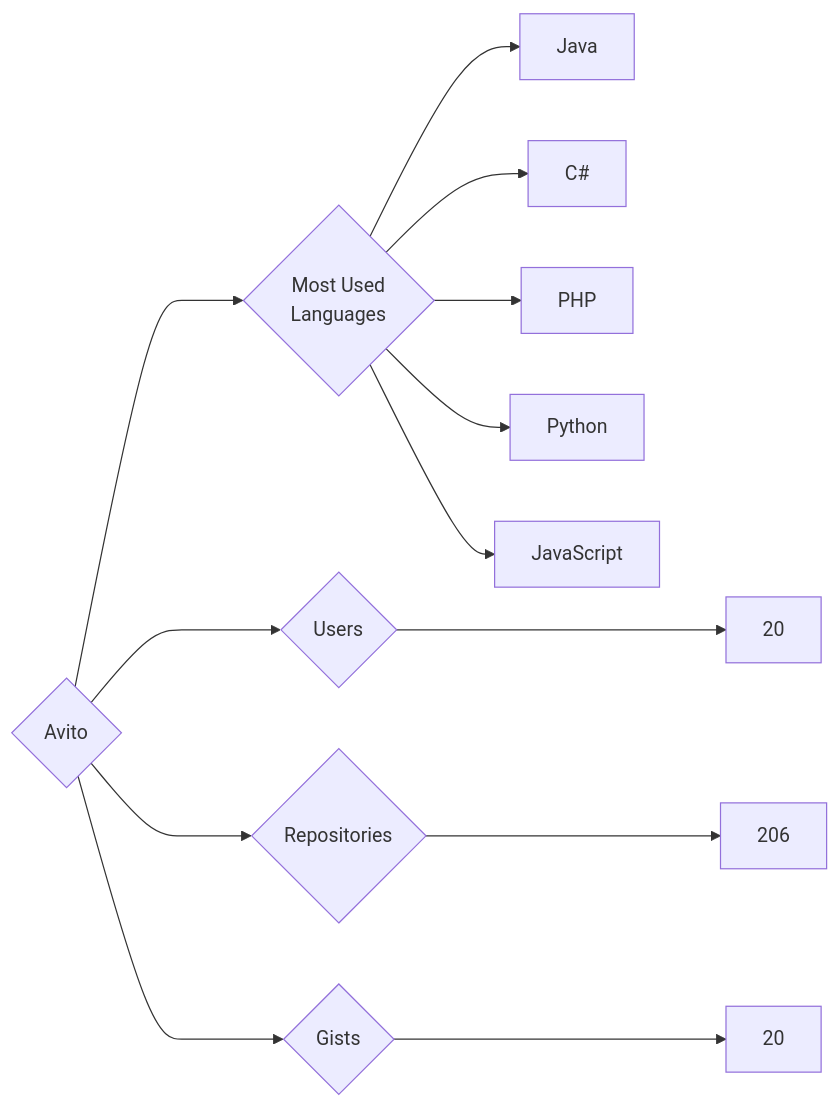
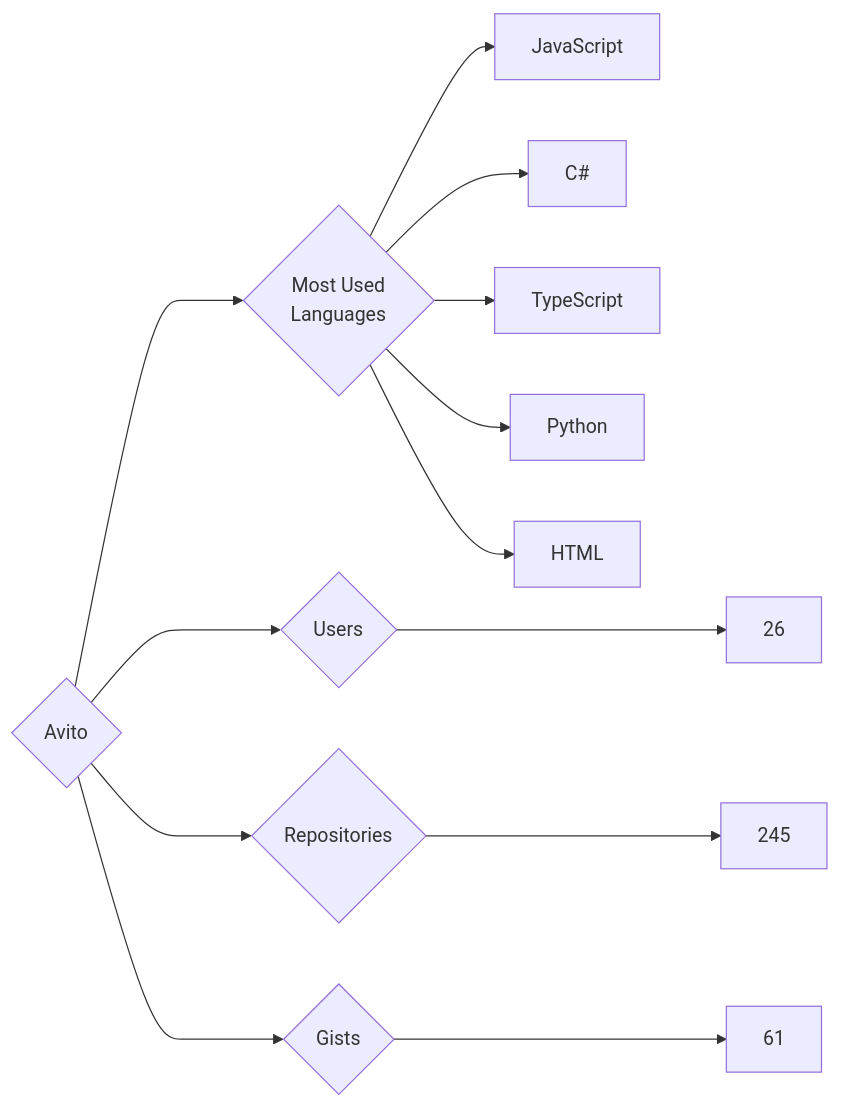
Before and after one commit to trickest/insiders: the diagram in targets/Avito/README.md, drawn with Mermaid. The commit also changed 965 other files, not shown here.

````diff
--- a/targets/Avito/README.md
+++ b/targets/Avito/README.md
@@ -3,13 +3,13 @@
 ```mermaid
 graph LR
 COMPANY_NAME{Avito}
-COMPANY_NAME ---> U{Users} ---> UN[20]
-COMPANY_NAME ---> R{Repositories} ---> RN[206]
-COMPANY_NAME ---> G{Gists} ---> GN[20]
+COMPANY_NAME ---> U{Users} ---> UN[26]
+COMPANY_NAME ---> R{Repositories} ---> RN[245]
+COMPANY_NAME ---> G{Gists} ---> GN[61]
 COMPANY_NAME ---> ML{Most Used<br>Languages}
-ML --> Java[Java]
+ML --> JavaScript[JavaScript]
 ML --> C#[C#]
-ML --> PHP[PHP]
+ML --> TypeScript[TypeScript]
 ML --> Python[Python]
-ML --> JavaScript[JavaScript]
+ML --> HTML[HTML]
 ```
````
